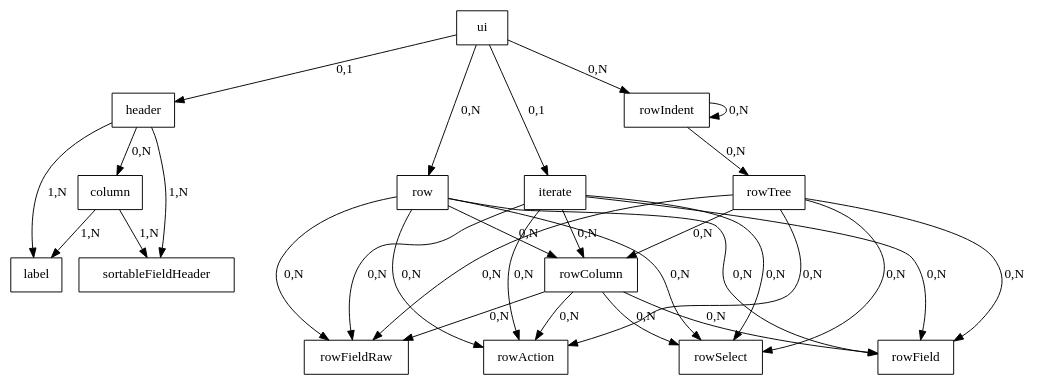
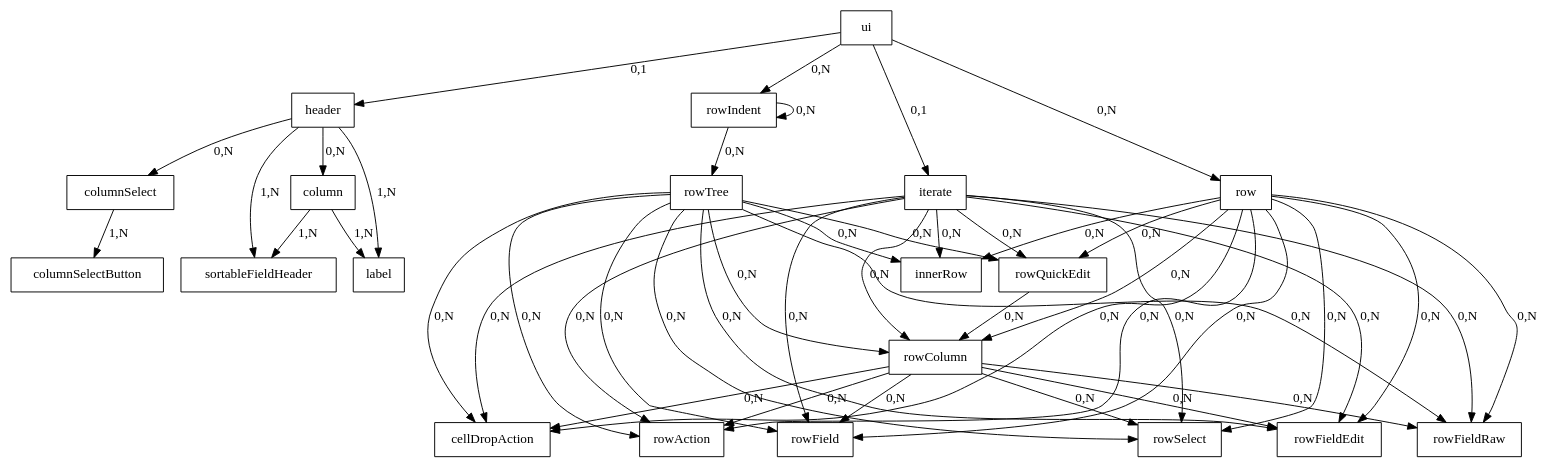
Before and after one commit to Taack/taack-website-content: the diagram in asciidoc/doc/DSLs/filter-table-dsl.adoc, drawn with Graphviz. The commit also changed other lines of this file and 33 other files, not shown here.

```diff
--- a/asciidoc/doc/DSLs/filter-table-dsl.adoc
+++ b/asciidoc/doc/DSLs/filter-table-dsl.adoc
@@ -191,15 +334,17 @@
 [graphviz,format="svg",align=center]
 ----
 digraph mygraph {
   node [shape=box];
   ui
   ui -> header, iterate [label = "0,1"]
   ui -> row,rowIndent [label = "0,N"]
-  header -> column [label = "0,N"]
+  header -> column, columnSelect [label = "0,N"]
+  columnSelect -> columnSelectButton [label = "1,N"]
   column, header -> label, sortableFieldHeader [label = "1,N"]
-  row, iterate, rowTree -> rowColumn [label = "0,N"]
-  rowColumn, row, rowTree, iterate -> rowAction, rowField, rowFieldRaw, rowSelect [label = "0,N"]
+  row, iterate, rowTree -> rowColumn, innerRow, rowQuickEdit [label = "0,N"]
+  rowQuickEdit -> rowColumn [label = "0,N"]
+  rowColumn, row, rowTree, iterate -> rowAction, rowField, rowFieldEdit, rowFieldRaw, rowSelect, cellDropAction [label = "0,N"]
   rowIndent -> rowTree [label = "0,N"]
   rowIndent -> rowIndent [label = "0,N"]
 }
 ----
```
